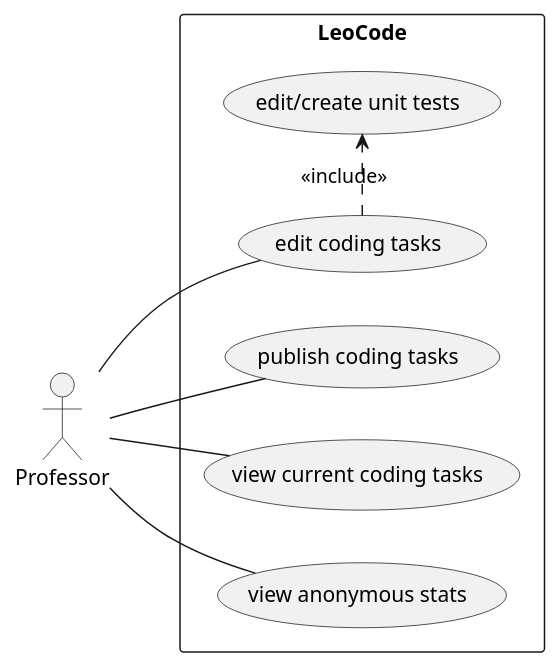
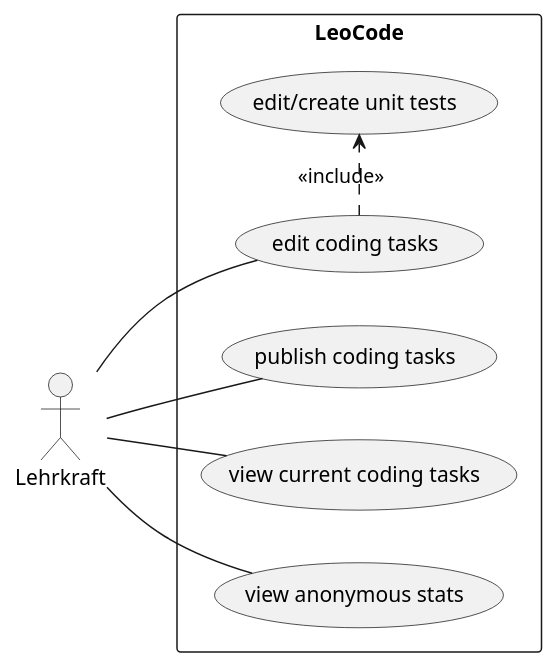
Before and after one commit to Musikfreunde/asciidoctor-docker-slides: the first of 2 diagrams in asciidocs-slides/index.adoc, drawn with PlantUML. The commit also changed other lines of this file and 5 other files, not shown here.

```diff
--- a/asciidocs-slides/index.adoc
+++ b/asciidocs-slides/index.adoc
@@ -44,20 +36,20 @@
 [plantuml]
 ----
 
 @startuml
 
 left to right direction
-:Professor:
+:Lehrkraft:
 
 rectangle LeoCode{
 
-Professor -- (publish coding tasks)
-Professor -- (view current coding tasks)
-Professor -- (edit coding tasks)
-Professor -- (view anonymous stats)
+Lehrkraft -- (publish coding tasks)
+Lehrkraft -- (view current coding tasks)
+Lehrkraft -- (edit coding tasks)
+Lehrkraft -- (view anonymous stats)
 (edit coding tasks) .> (edit/create unit tests) : <<include>>
 
 }
 
 @enduml
 ----
```
